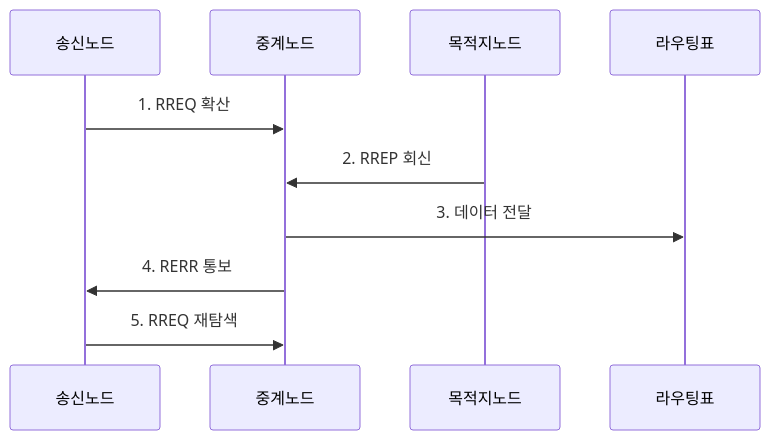
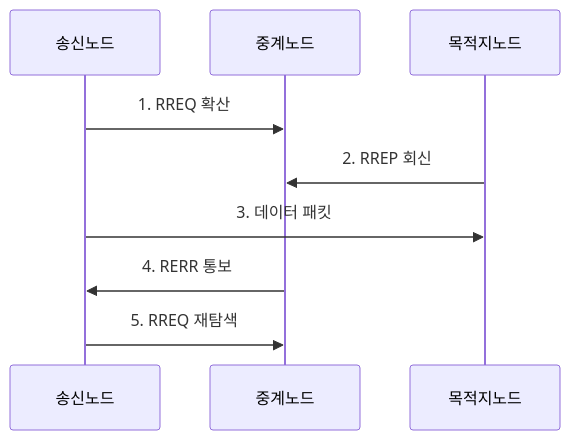
Before and after one commit to agnusdei1207/knowledge-base: the second of 2 diagrams in src/content/docs/notes/04-network/053_ad_hoc_aodv.md, drawn with Mermaid. The commit also changed other lines of this file and 20 other files, not shown here.

````diff
--- a/src/content/docs/notes/04-network/053_ad_hoc_aodv.md
+++ b/src/content/docs/notes/04-network/053_ad_hoc_aodv.md
@@ -82,12 +86,11 @@
 ```mermaid
 sequenceDiagram
     participant 송신노드
     participant 중계노드
     participant 목적지노드
-    participant 라우팅표
     송신노드->>중계노드: 1. RREQ 확산
     목적지노드->>중계노드: 2. RREP 회신
-    중계노드->>라우팅표: 3. 데이터 전달
+    송신노드->>목적지노드: 3. 데이터 패킷
     중계노드->>송신노드: 4. RERR 통보
     송신노드->>중계노드: 5. RREQ 재탐색
 ```
````
